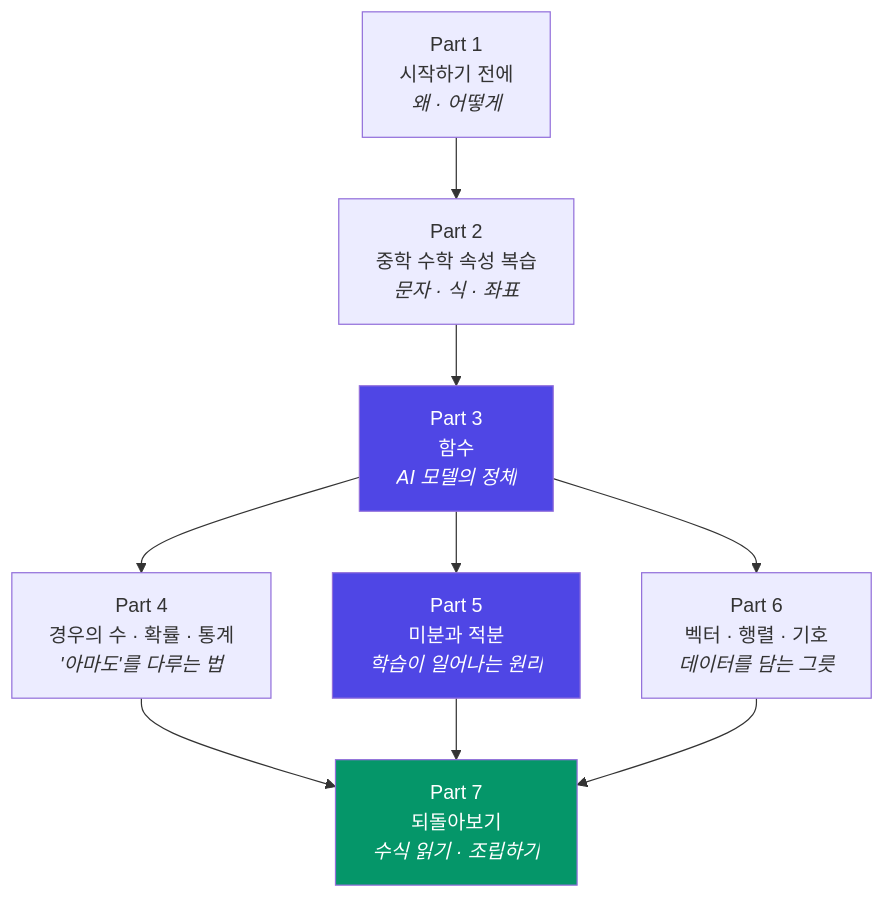
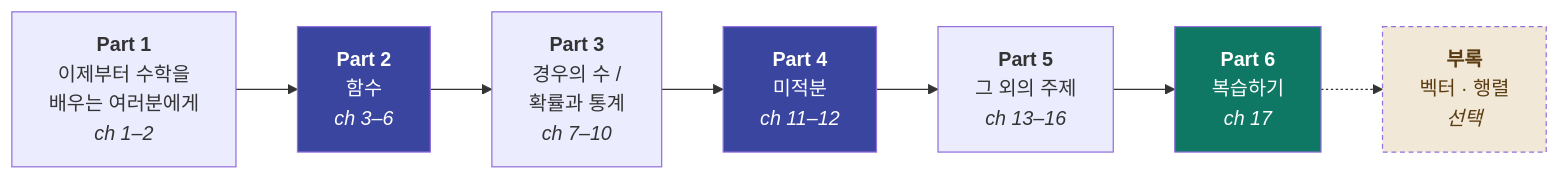
Before and after one commit to leehyunseok-tech/basicMathForAI: the diagram in README.md, drawn with Mermaid. The commit also changed other lines of this file and 1 other file, not shown here.

First line of the commit message:
docs: 목차를 실제 학습 순서(6 Part / 17 Chapter)에 맞춰 재구성

````diff
--- a/README.md
+++ b/README.md
@@ -41,15 +38,14 @@
 ```mermaid
-flowchart TD
-    P1["Part 1<br/>시작하기 전에<br/><i>왜 · 어떻게</i>"] --> P2["Part 2<br/>중학 수학 속성 복습<br/><i>문자 · 식 · 좌표</i>"]
-    P2 --> P3["Part 3<br/>함수<br/><i>AI 모델의 정체</i>"]
-    P3 --> P4["Part 4<br/>경우의 수 · 확률 · 통계<br/><i>'아마도'를 다루는 법</i>"]
-    P3 --> P5["Part 5<br/>미분과 적분<br/><i>학습이 일어나는 원리</i>"]
-    P3 --> P6["Part 6<br/>벡터 · 행렬 · 기호<br/><i>데이터를 담는 그릇</i>"]
-    P4 --> P7["Part 7<br/>되돌아보기<br/><i>수식 읽기 · 조립하기</i>"]
-    P5 --> P7
-    P6 --> P7
+flowchart LR
+    P1["<b>Part 1</b><br/>이제부터 수학을<br/>배우는 여러분에게<br/><i>ch 1–2</i>"] --> P2["<b>Part 2</b><br/>함수<br/><i>ch 3–6</i>"]
+    P2 --> P3["<b>Part 3</b><br/>경우의 수 /<br/>확률과 통계<br/><i>ch 7–10</i>"]
+    P3 --> P4["<b>Part 4</b><br/>미적분<br/><i>ch 11–12</i>"]
+    P4 --> P5["<b>Part 5</b><br/>그 외의 주제<br/><i>ch 13–16</i>"]
+    P5 --> P6["<b>Part 6</b><br/>복습하기<br/><i>ch 17</i>"]
+    P6 -.-> AP["<b>부록</b><br/>벡터 · 행렬<br/><i>선택</i>"]
 
-    style P3 fill:#4f46e5,color:#fff
-    style P5 fill:#4f46e5,color:#fff
-    style P7 fill:#059669,color:#fff
+    style P2 fill:#3a45a0,color:#fff
+    style P4 fill:#3a45a0,color:#fff
+    style P6 fill:#0f7864,color:#fff
+    style AP fill:#f2e8d8,color:#5a3c10,stroke-dasharray: 4 3
 ```
````
